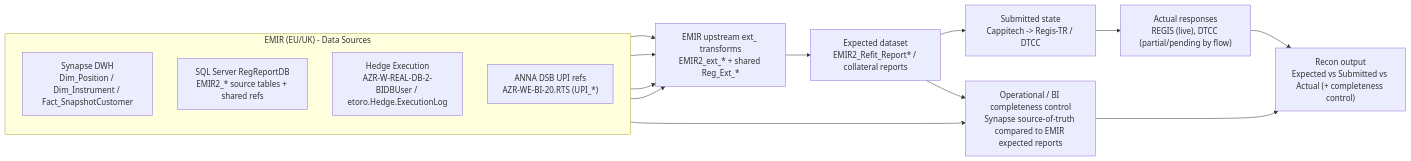
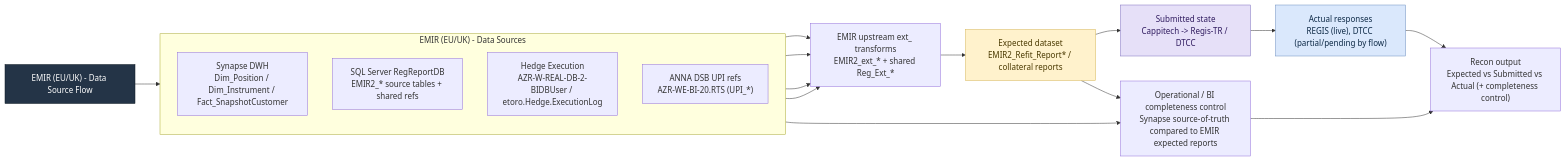
One commit to valentinosko-hub/RegTech changed the diagram in docs/reporting-model-emir-data-sources.mmd. Above: the diagram before and after it, drawn with Mermaid. The commit also changed 15 other files, not shown here.

Commit message:
Style per-model diagrams with title and state colors

```diff
--- a/docs/reporting-model-emir-data-sources.mmd
+++ b/docs/reporting-model-emir-data-sources.mmd
@@ -1,22 +1,34 @@
 flowchart LR
+  T["EMIR (EU/UK) - Data Source Flow"]
   subgraph SRC["EMIR (EU/UK) - Data Sources"]
     direction TB
     A["Synapse DWH<br/>Dim_Position / Dim_Instrument / Fact_SnapshotCustomer"]
     B["SQL Server RegReportDB<br/>EMIR2_* source tables + shared refs"]
     C["Hedge Execution<br/>AZR-W-REAL-DB-2-BIDBUser / etoro.Hedge.ExecutionLog"]
     D["ANNA DSB UPI refs<br/>AZR-WE-BI-20.RTS (UPI_*)"]
   end
   CTRL["Operational / BI completeness control<br/>Synapse source-of-truth compared to EMIR expected reports"]
   U["EMIR upstream ext_ transforms<br/>EMIR2_ext_* + shared Reg_Ext_*"]
   E["Expected dataset<br/>EMIR2_Refit_Report* / collateral reports"]
   S["Submitted state<br/>Cappitech -> Regis-TR / DTCC"]
   R["Actual responses<br/>REGIS (live), DTCC (partial/pending by flow)"]
   X["Recon output<br/>Expected vs Submitted vs Actual (+ completeness control)"]
+  T --> A
   A --> CTRL
   A --> U
   B --> U
   C --> U
   D --> U
   U --> E --> S --> R --> X
   E --> CTRL
   CTRL --> X
+
+  classDef title fill:#243447,stroke:#0f1a24,color:#ffffff,fontWeight:bold,fontSize:14px;
+  classDef expected fill:#fff2cc,stroke:#d6b656,color:#4a3900,fontWeight:bold;
+  classDef submitted fill:#e6e0f8,stroke:#7f70bf,color:#2f1a5f,fontWeight:bold;
+  classDef actual fill:#dae8fc,stroke:#6c8ebf,color:#0e2a47,fontWeight:bold;
+
+  class T title;
+  class E expected;
+  class S submitted;
+  class R actual;
```
